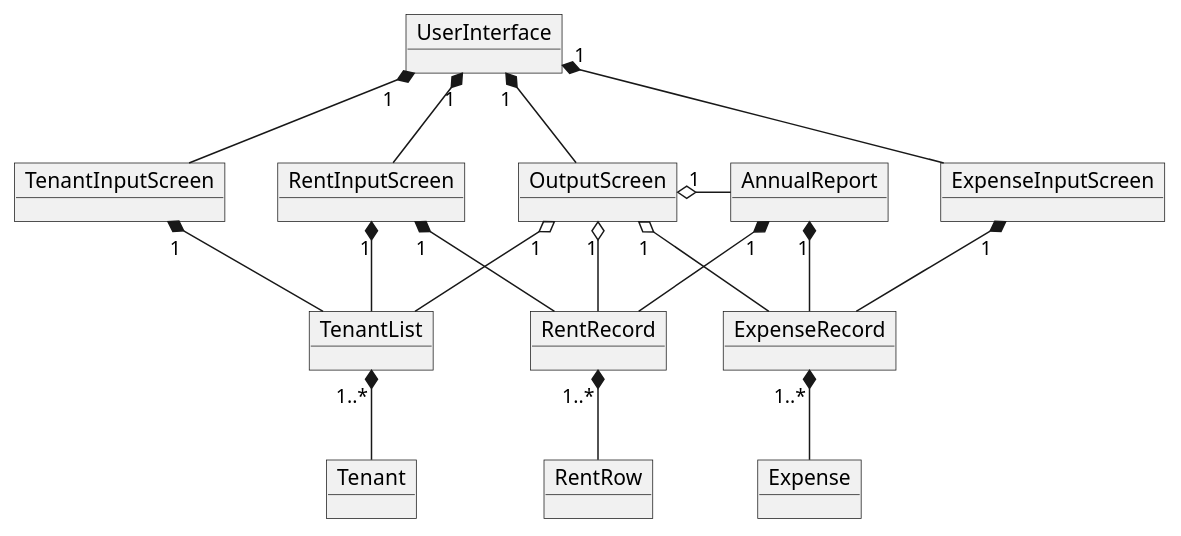
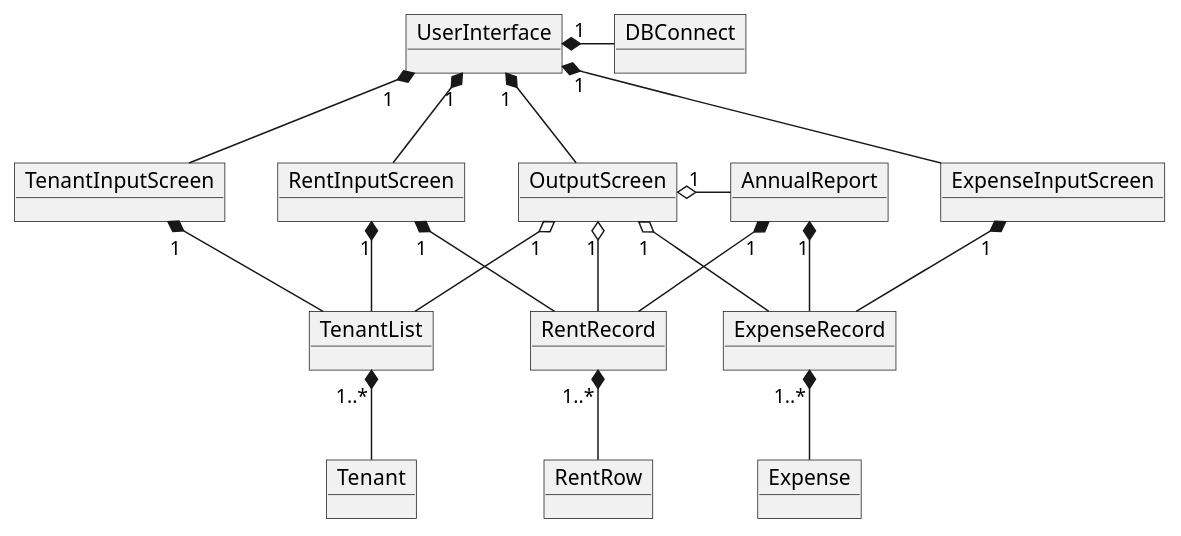
One commit to ben9543/CECS-343-Capstone-Project changed the diagram in activity3/activity3-2.puml. Above: the diagram before and after it, drawn with PlantUML.

```diff
--- a/activity3/activity3-2.puml
+++ b/activity3/activity3-2.puml
@@ -1,57 +1,58 @@
 @startuml activity3
 
 top to bottom direction
 
 object UserInterface
+object DBConnect
 object TenantInputScreen
 object RentInputScreen
 object ExpenseInputScreen
 
 object TenantList
 object RentRecord
 object ExpenseRecord  
 
 object OutputScreen
 object AnnualReport
 object Tenant
 object RentRow
 object Expense 
 
 /'
 interface InputScreen{
     +inputData()
 }
 '/
 
 
 /' UserInterface associations '/
 
 'UserInterface "1" o-- TenantList
 'UserInterface "1" o-- ExpenseRecord
 'UserInterface "1" o-- RentRecord
 
-
+UserInterface "1" *-right- DBConnect
 UserInterface "1" *-- TenantInputScreen
 UserInterface "1" *-- RentInputScreen
 UserInterface "1" *-- ExpenseInputScreen
 UserInterface "1" *-- OutputScreen
 
 OutputScreen "1" o-right- AnnualReport
 OutputScreen "1" o-- TenantList
 OutputScreen "1" o-- ExpenseRecord
 OutputScreen "1" o-- RentRecord
 
 /' InputScreen associations '/
 TenantInputScreen "1" *--  TenantList
 RentInputScreen "1" *-- TenantList
 RentInputScreen "1" *-- RentRecord
 ExpenseInputScreen "1" *--ExpenseRecord
 
 AnnualReport "1" *-- ExpenseRecord
 AnnualReport "1" *-- RentRecord
 
 TenantList "1..*" *-- Tenant
 RentRecord "1..*" *-- RentRow
 ExpenseRecord "1..*" *-- Expense
 
 @enduml
```
